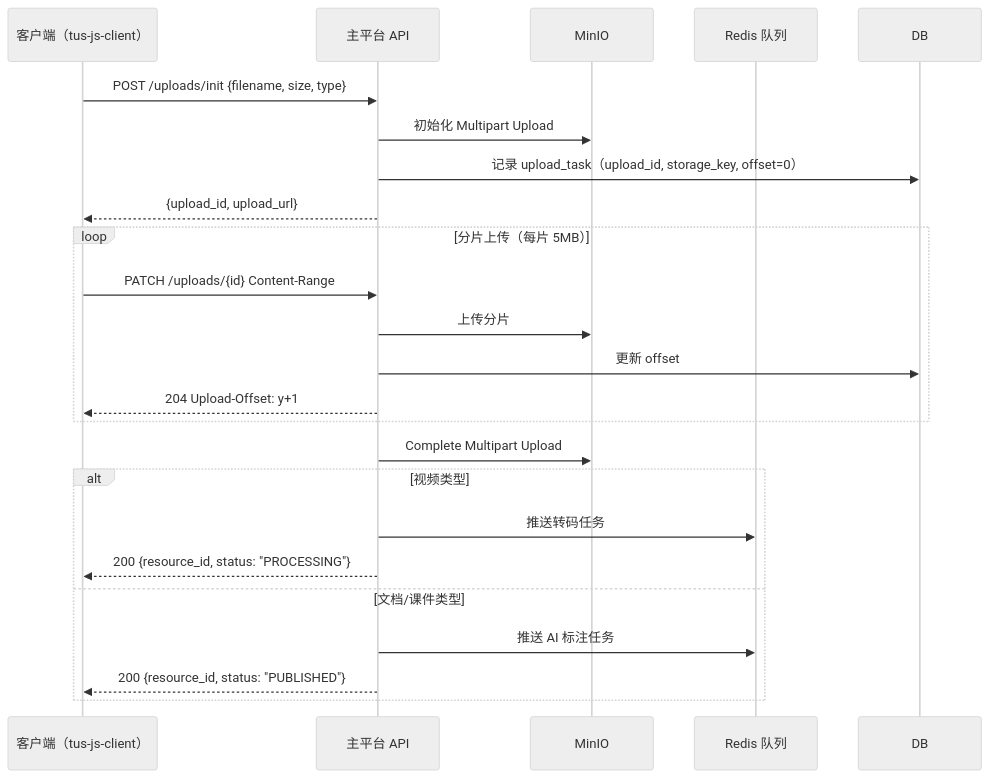
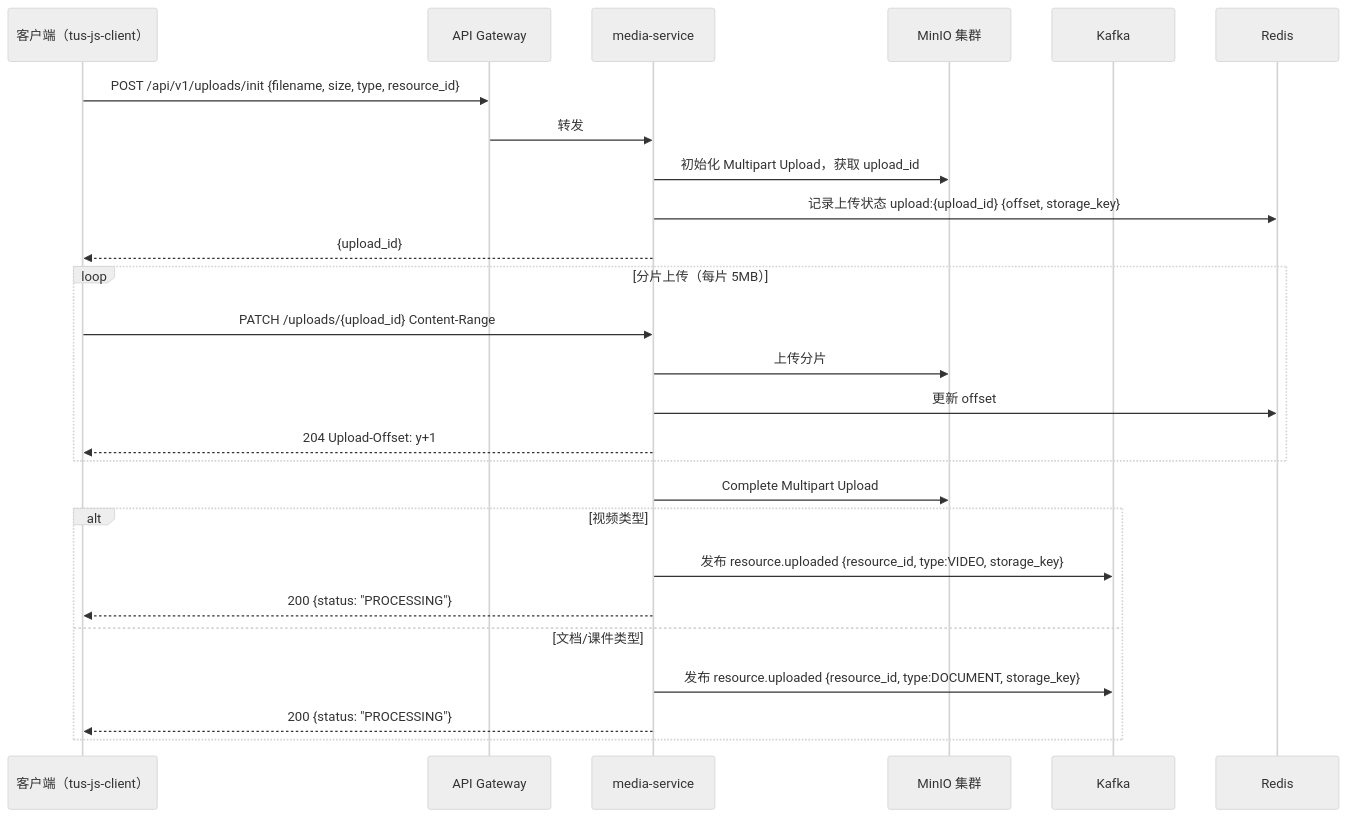
The ninth of 20 diagrams in docs/design/SDD-CloudTeachingAI.md (xice-1201/CloudTeachingAI), drawn with Mermaid (neutral theme) before and after one commit. The commit also changed other lines of this file, not shown here.

````diff
--- a/docs/design/SDD-CloudTeachingAI.md
+++ b/docs/design/SDD-CloudTeachingAI.md
@@ -578,28 +789,30 @@
 ```mermaid
 sequenceDiagram
     participant C as 客户端（tus-js-client）
-    participant API as 主平台 API
-    participant MinIO as MinIO
-    participant Queue as Redis 队列
+    participant GW as API Gateway
+    participant Media as media-service
+    participant MinIO as MinIO 集群
+    participant Kafka as Kafka
 
-    C->>API: POST /uploads/init {filename, size, type}
-    API->>MinIO: 初始化 Multipart Upload
-    API->>DB: 记录 upload_task（upload_id, storage_key, offset=0）
-    API-->>C: {upload_id, upload_url}
+    C->>GW: POST /api/v1/uploads/init {filename, size, type, resource_id}
+    GW->>Media: 转发
+    Media->>MinIO: 初始化 Multipart Upload，获取 upload_id
+    Media->>Redis: 记录上传状态 upload:{upload_id} {offset, storage_key}
+    Media-->>C: {upload_id}
 
     loop 分片上传（每片 5MB）
-        C->>API: PATCH /uploads/{id} Content-Range
-        API->>MinIO: 上传分片
-        API->>DB: 更新 offset
-        API-->>C: 204 Upload-Offset: y+1
+        C->>Media: PATCH /uploads/{upload_id} Content-Range
+        Media->>MinIO: 上传分片
+        Media->>Redis: 更新 offset
+        Media-->>C: 204 Upload-Offset: y+1
     end
 
-    API->>MinIO: Complete Multipart Upload
+    Media->>MinIO: Complete Multipart Upload
     alt 视频类型
-        API->>Queue: 推送转码任务
-        API-->>C: 200 {resource_id, status: "PROCESSING"}
+        Media->>Kafka: 发布 resource.uploaded {resource_id, type:VIDEO, storage_key}
+        Media-->>C: 200 {status: "PROCESSING"}
     else 文档/课件类型
-        API->>Queue: 推送 AI 标注任务
-        API-->>C: 200 {resource_id, status: "PUBLISHED"}
+        Media->>Kafka: 发布 resource.uploaded {resource_id, type:DOCUMENT, storage_key}
+        Media-->>C: 200 {status: "PROCESSING"}
     end
 ```
````
